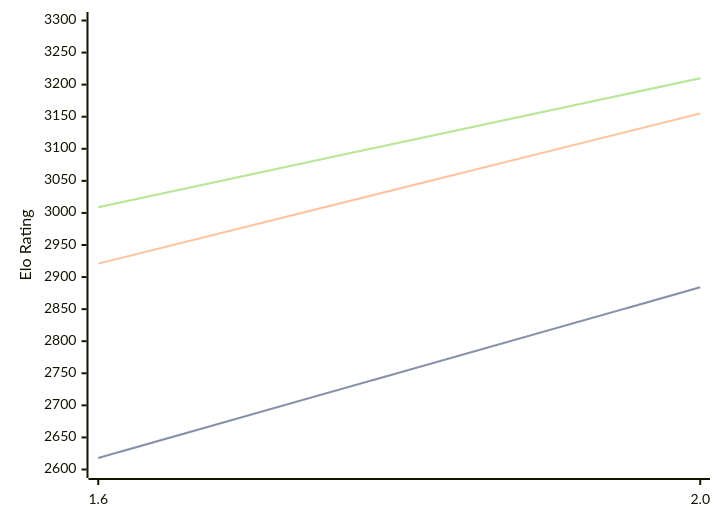
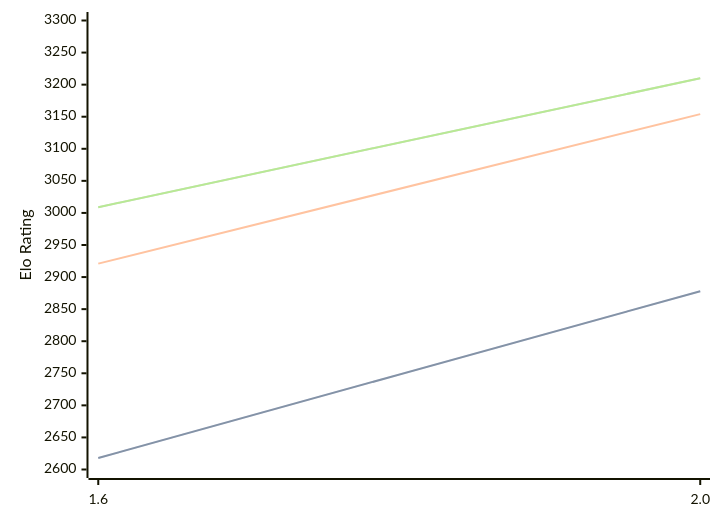
Before and after one commit to computer-chess-index/cci: the diagram in engines/Onyx.md, drawn with Mermaid. The commit also changed other lines of this file, not shown here.

````diff
--- a/engines/Onyx.md
+++ b/engines/Onyx.md
@@ -32,11 +32,11 @@
 ```mermaid
 %%{init: {"theme":"base","themeVariables":{"seriesColors:['#a3a3a3','#222221','#faa371']}}}%%
 xychart-beta
   x-axis ["1.6", "2.0"]
   y-axis "Elo Rating" 2600 --> 3300
-  line "STC (8.0+0.08s)" [2618, 2884]
-  line "STC (8.0+0.08s)" [2618, 2884]
-  line "LTC (60.0+0.60s)" [2921, 3155]
+  line "STC (8.0+0.08s)" [2618, 2878]
+  line "STC (8.0+0.08s)" [2618, 2878]
+  line "LTC (60.0+0.60s)" [2921, 3154]
   line "VLTC (2m24s+1.12s)" [3009, 3210]
   line "VLTC (2m24s+1.12s)" [3009, 3210]
 ```
````
